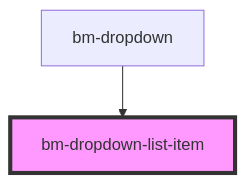
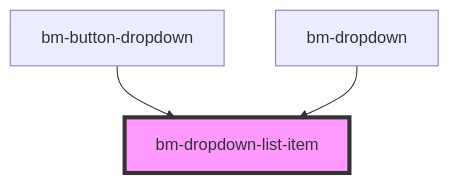
One commit to bettermusic/studio changed the diagram in packages/studio/src/components/ui/dropdown-list-item/readme.md. Above: the diagram before and after it, drawn with Mermaid. The commit also changed other lines of this file and 170 other files, not shown here.

````diff
--- a/packages/studio/src/components/ui/dropdown-list-item/readme.md
+++ b/packages/studio/src/components/ui/dropdown-list-item/readme.md
@@ -42,5 +43,6 @@
 ```mermaid
 graph TD;
+  bm-button-dropdown --> bm-dropdown-list-item
   bm-dropdown --> bm-dropdown-list-item
   style bm-dropdown-list-item fill:#f9f,stroke:#333,stroke-width:4px
 ```
````
